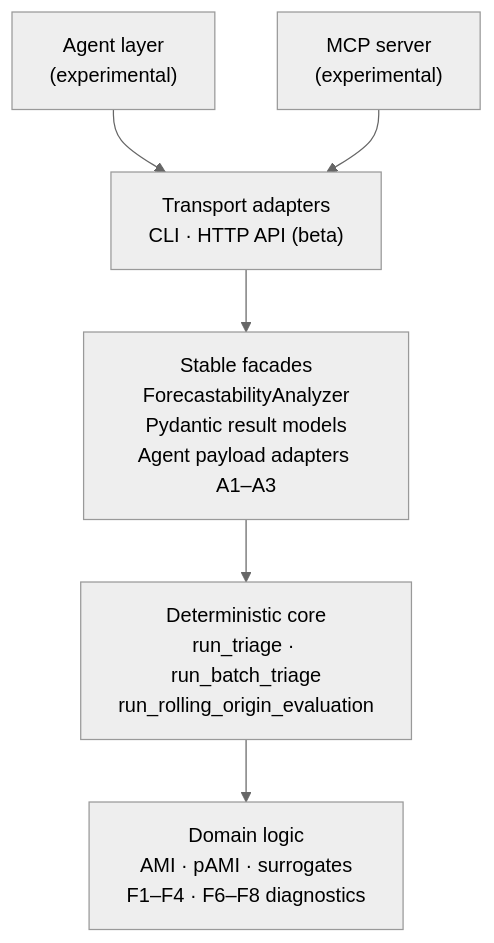
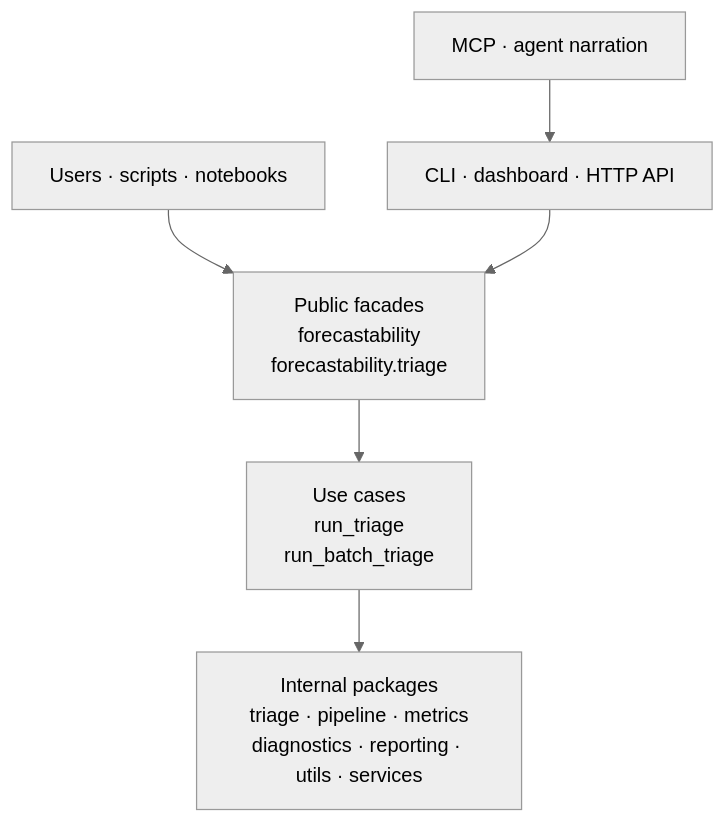
Before and after one commit to AdamKrysztopa/dependence-forecastability: the diagram in docs/surface_guide.md, drawn with Mermaid (neutral theme). The commit also changed other lines of this file and 206 other files, not shown here.

````diff
--- a/docs/surface_guide.md
+++ b/docs/surface_guide.md
@@ -15,8 +12,8 @@
 ```mermaid
 flowchart TD
-    A["Agent layer\n(experimental)"] --> B["Transport adapters\nCLI · HTTP API (beta)"]
-    M["MCP server\n(experimental)"] --> B
-    B --> C["Stable facades\nForecastabilityAnalyzer\nPydantic result models\nAgent payload adapters A1–A3"]
-    C --> D["Deterministic core\nrun_triage · run_batch_triage\nrun_rolling_origin_evaluation"]
-    D --> E["Domain logic\nAMI · pAMI · surrogates\nF1–F4 · F6–F8 diagnostics"]
+    U["Users · scripts · notebooks"] --> F["Public facades\nforecastability\nforecastability.triage"]
+    C["CLI · dashboard · HTTP API"] --> F
+    X["MCP · agent narration"] --> C
+    F --> K["Use cases\nrun_triage\nrun_batch_triage"]
+    K --> I["Internal packages\ntriage · pipeline · metrics\ndiagnostics · reporting · utils · services"]
 ```
````
